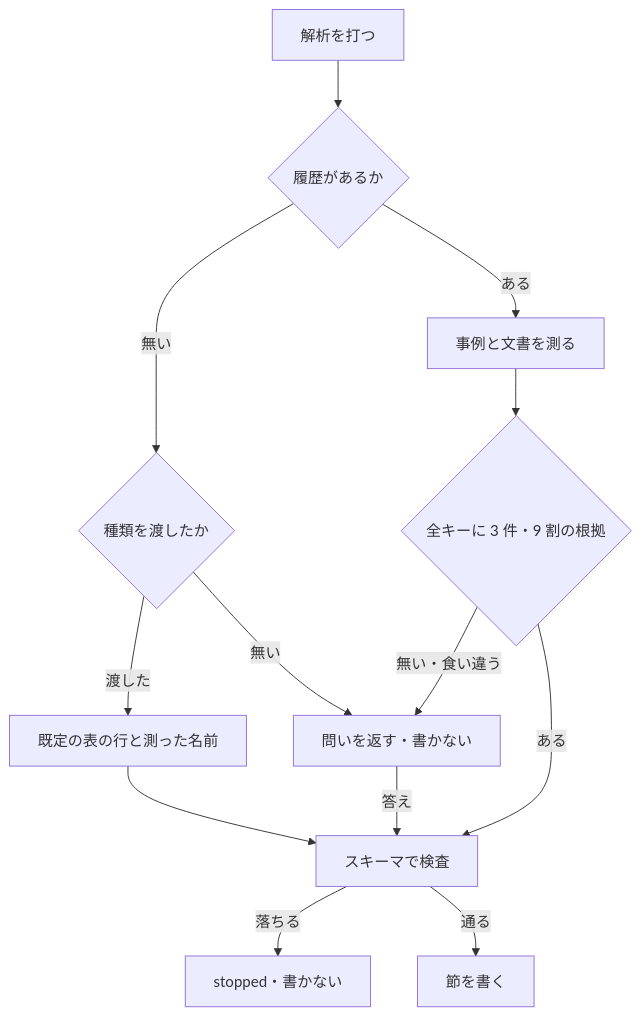
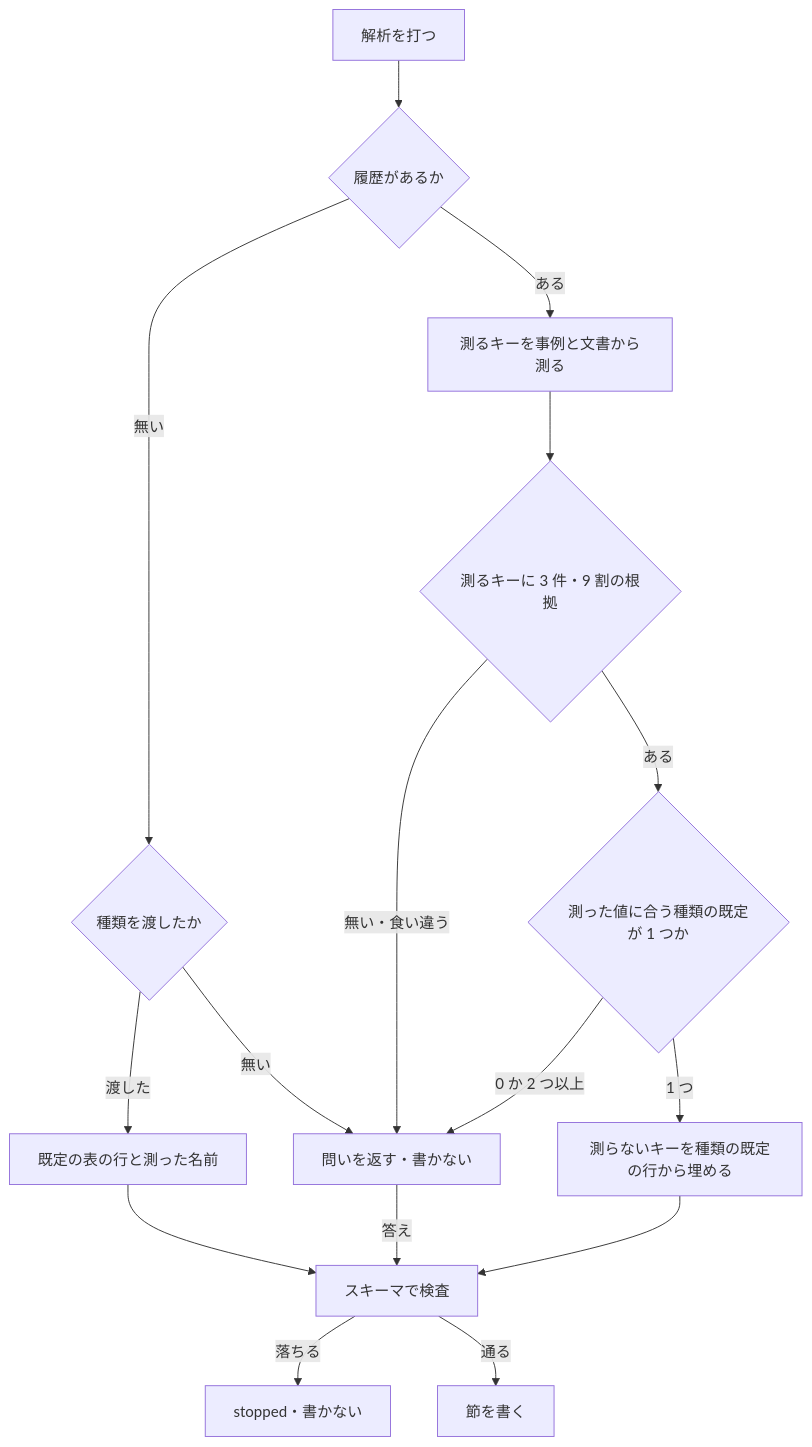
The second of 3 diagrams in issues/issue-3672-design.md (devbasex/ai-plugins), drawn with Mermaid before and after one commit. The commit also changed other lines of this file and 4 other files, not shown here.

````diff
--- a/issues/issue-3672-design.md
+++ b/issues/issue-3672-design.md
@@ -314,15 +271,18 @@
 ```mermaid
 flowchart TD
     A[解析を打つ] --> B{履歴があるか}
     B -->|無い| C{種類を渡したか}
     C -->|渡した| D[既定の表の行と測った名前]
     C -->|無い| Q[問いを返す・書かない]
-    B -->|ある| E[事例と文書を測る]
-    E --> F{全キーに 3 件・9 割の根拠}
+    B -->|ある| E[測るキーを事例と文書から測る]
+    E --> F{測るキーに 3 件・9 割の根拠}
     F -->|無い・食い違う| Q
-    F -->|ある| G[スキーマで検査]
+    F -->|ある| K{測った値に合う種類の既定が 1 つか}
+    K -->|0 か 2 つ以上| Q
+    K -->|1 つ| P[測らないキーを種類の既定の行から埋める]
+    P --> G[スキーマで検査]
     D --> G
     Q -->|答え| G
     G -->|落ちる| S[stopped・書かない]
     G -->|通る| W[節を書く]
 ```
````
